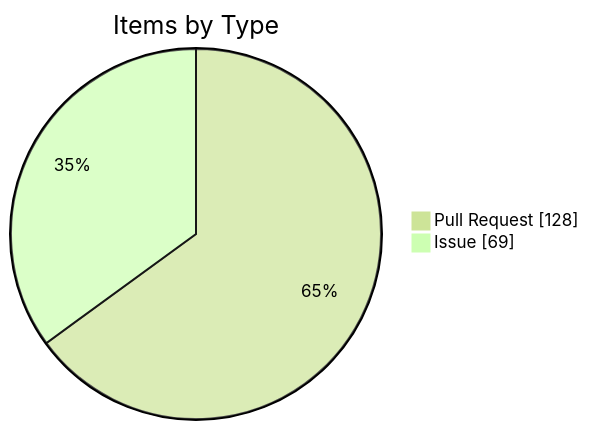
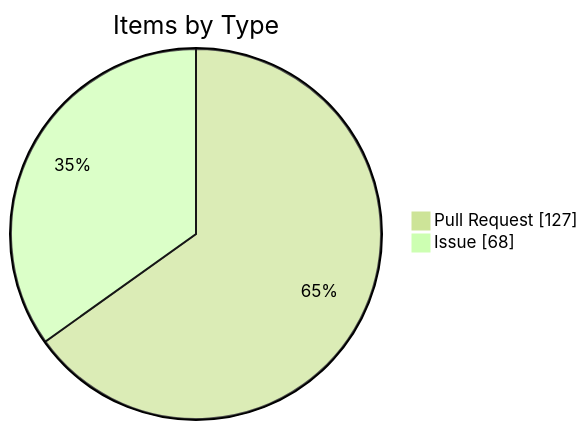
Before and after one commit to KBVE/kbve: the fourth of 4 diagrams in apps/kbve/astro-kbve/src/content/docs/dashboard/kanban-data.mdx, drawn with Mermaid (forest theme). The commit also changed other lines of this file and 8 other files, not shown here.

````diff
--- a/apps/kbve/astro-kbve/src/content/docs/dashboard/kanban-data.mdx
+++ b/apps/kbve/astro-kbve/src/content/docs/dashboard/kanban-data.mdx
@@ -116,6 +116,6 @@
 ```mermaid
 pie showData
     title Items by Type
-    "Pull Request" : 128
-    "Issue" : 69
+    "Pull Request" : 127
+    "Issue" : 68
 ```
````
